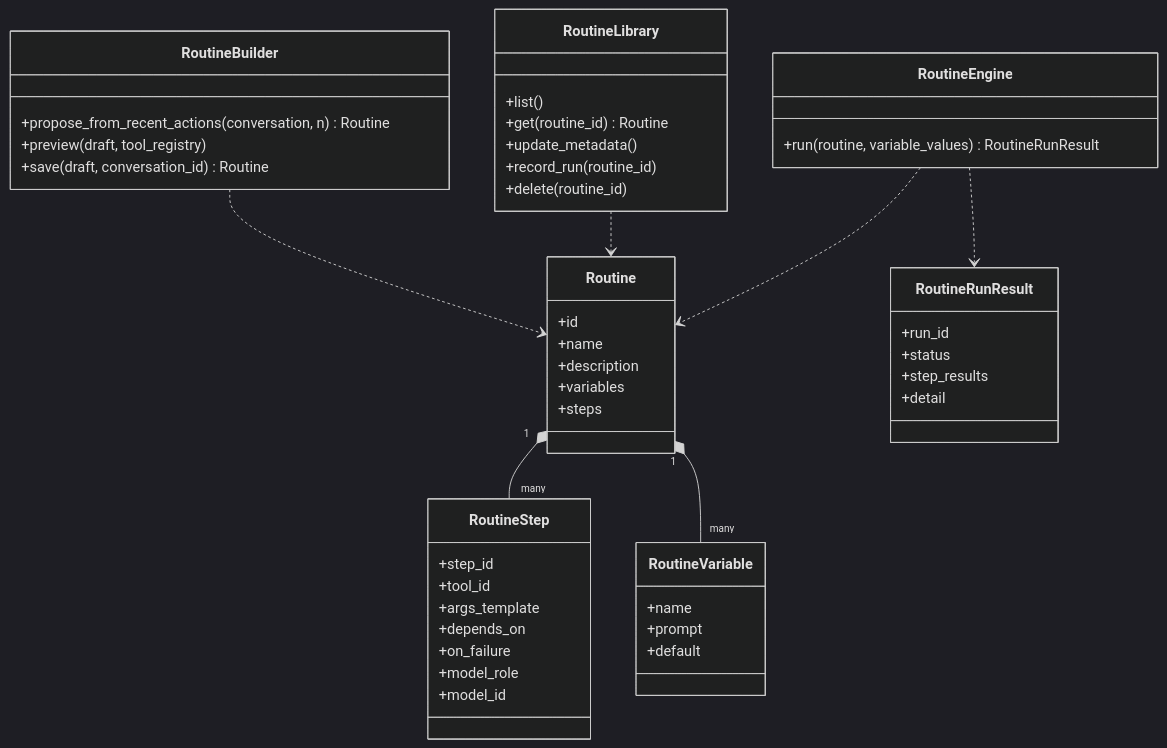
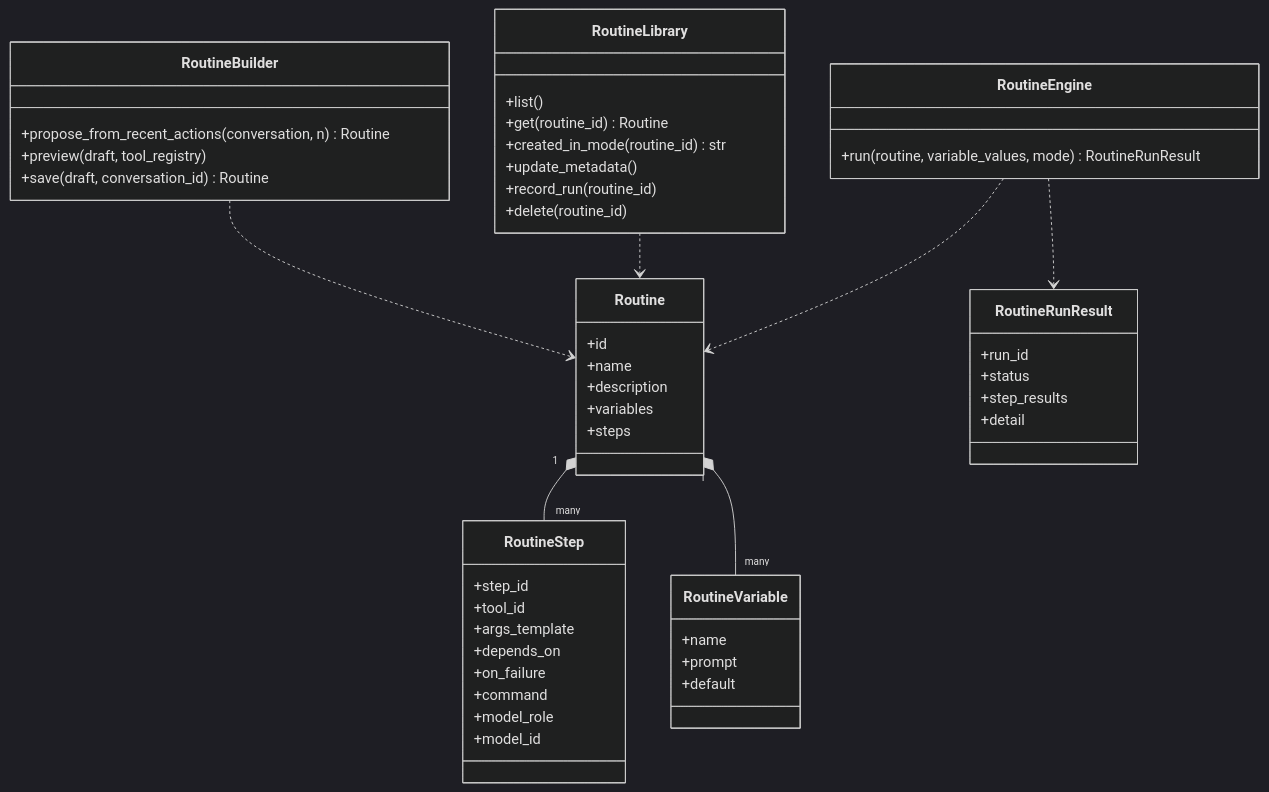
One commit to N041M/Addison changed the fifth of 5 diagrams in docs/classes.md. Above: the diagram before and after it, drawn with Mermaid (dark theme). The commit also changed other lines of this file and 17 other files, not shown here.

````diff
--- a/docs/classes.md
+++ b/docs/classes.md
@@ -401,52 +482,54 @@
 ```mermaid
 classDiagram
     class Routine {
         +id
         +name
         +description
         +variables
         +steps
     }
     class RoutineStep {
         +step_id
         +tool_id
         +args_template
         +depends_on
         +on_failure
+        +command
         +model_role
         +model_id
     }
     class RoutineVariable {
         +name
         +prompt
         +default
     }
     class RoutineRunResult {
         +run_id
         +status
         +step_results
         +detail
     }
     class RoutineBuilder {
         +propose_from_recent_actions(conversation, n) Routine
         +preview(draft, tool_registry)
         +save(draft, conversation_id) Routine
     }
     class RoutineLibrary {
         +list()
         +get(routine_id) Routine
+        +created_in_mode(routine_id) str
         +update_metadata()
         +record_run(routine_id)
         +delete(routine_id)
     }
     class RoutineEngine {
-        +run(routine, variable_values) RoutineRunResult
+        +run(routine, variable_values, mode) RoutineRunResult
     }
 
     Routine "1" *-- "many" RoutineStep
     Routine "1" *-- "many" RoutineVariable
     RoutineBuilder ..> Routine
     RoutineLibrary ..> Routine
     RoutineEngine ..> Routine
     RoutineEngine ..> RoutineRunResult
 ```
````
